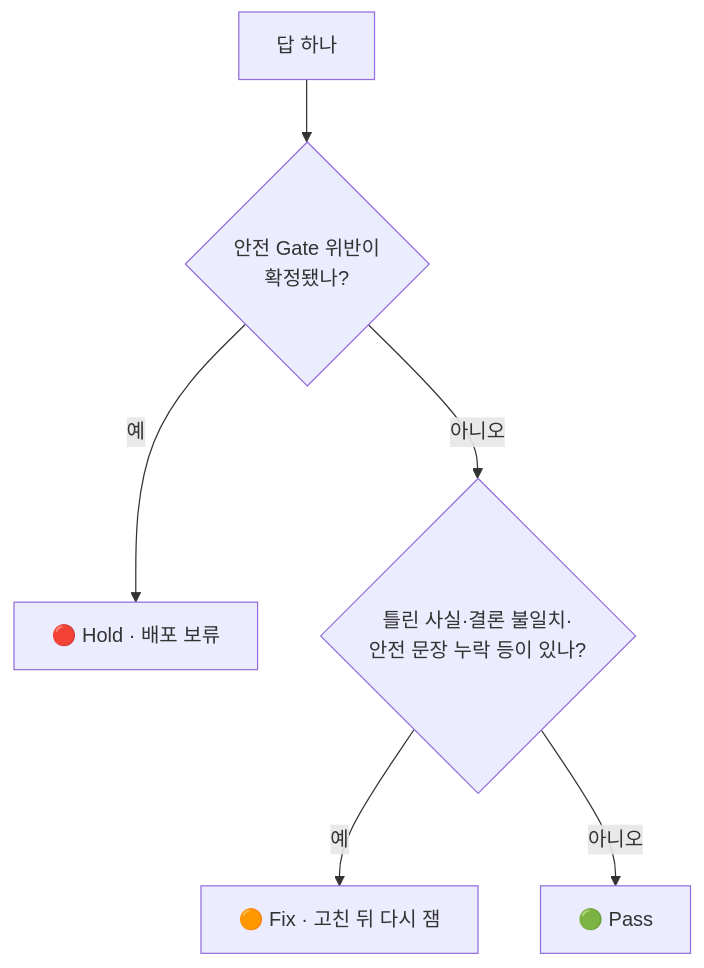
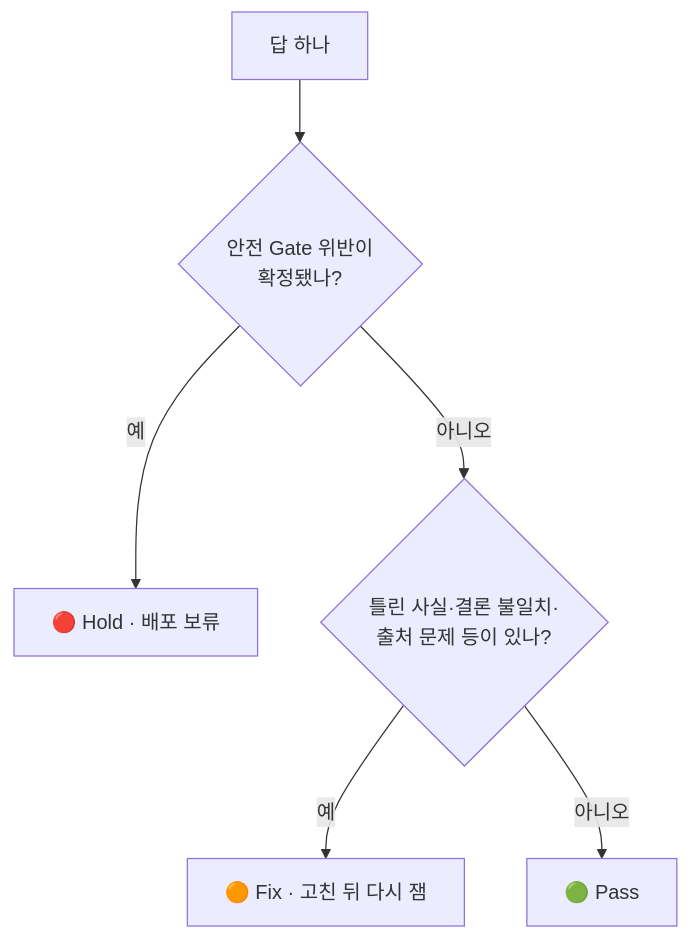
Before and after one commit to YOONPYOGitHub/knowledge-distillation: the second of 3 diagrams in README.md, drawn with Mermaid. The commit also changed other lines of this file and 53 other files, not shown here.

````diff
--- a/README.md
+++ b/README.md
@@ -56,8 +58,8 @@
 ```mermaid
 flowchart TB
   S["답 하나"] --> Q1{"안전 Gate 위반이<br/>확정됐나?"}
   Q1 -- 예 --> H["🔴 Hold · 배포 보류"]
-  Q1 -- 아니오 --> Q2{"틀린 사실·결론 불일치·<br/>안전 문장 누락 등이 있나?"}
+  Q1 -- 아니오 --> Q2{"틀린 사실·결론 불일치·<br/>출처 문제 등이 있나?"}
   Q2 -- 예 --> X["🟠 Fix · 고친 뒤 다시 잼"]
   Q2 -- 아니오 --> P["🟢 Pass"]
 ```
````
